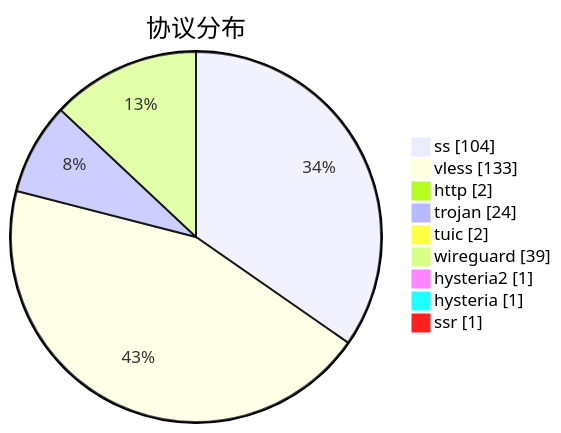
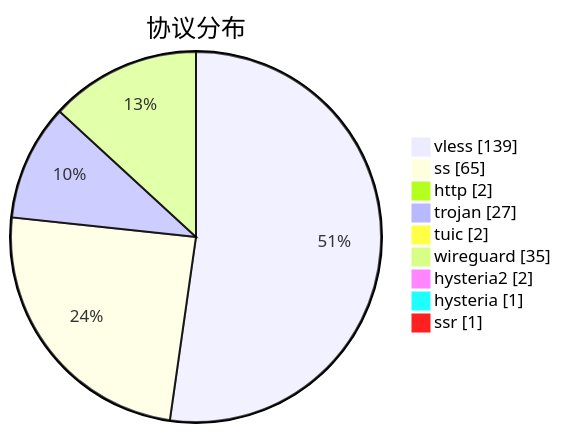
One commit to qjlxg/airport changed the third of 3 diagrams in subs/statistics/tested_within.md. Above: the diagram before and after it, drawn with Mermaid. The commit also changed other lines of this file and 2 other files, not shown here.

````diff
--- a/subs/statistics/tested_within.md
+++ b/subs/statistics/tested_within.md
@@ -30,13 +34,13 @@
 ```mermaid
 pie showData
 title 协议分布
-"ss" : 104
-"vless" : 133
+"vless" : 139
+"ss" : 65
 "http" : 2
-"trojan" : 24
+"trojan" : 27
 "tuic" : 2
-"wireguard" : 39
-"hysteria2" : 1
+"wireguard" : 35
+"hysteria2" : 2
 "hysteria" : 1
 "ssr" : 1
 ```
````
